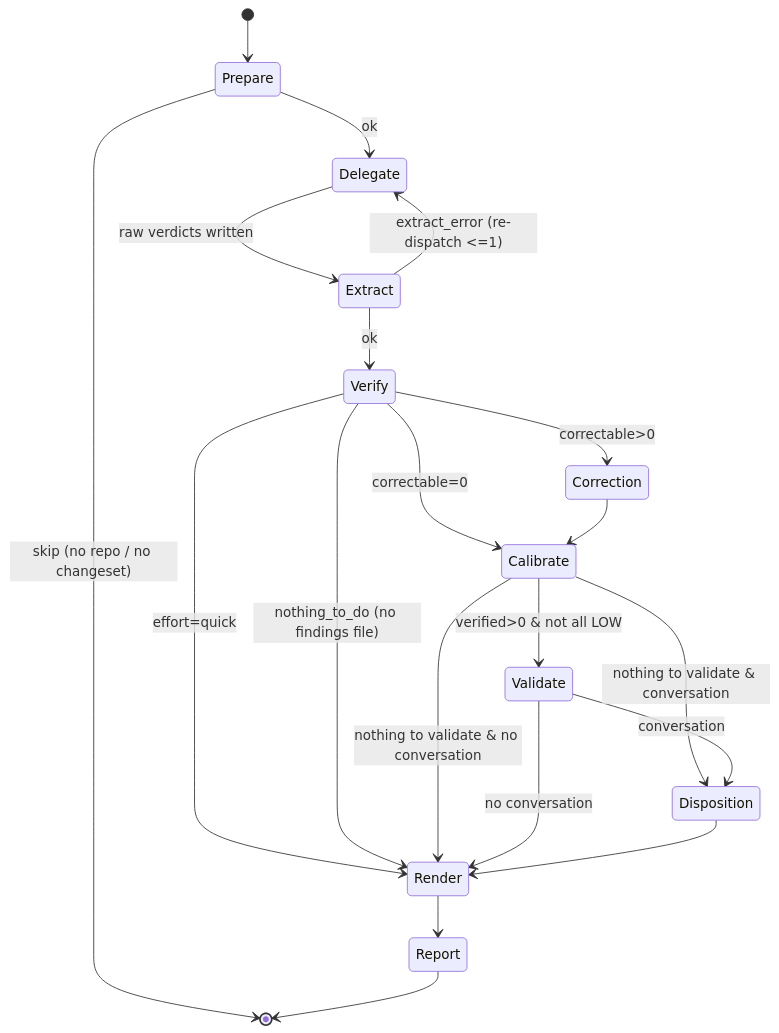
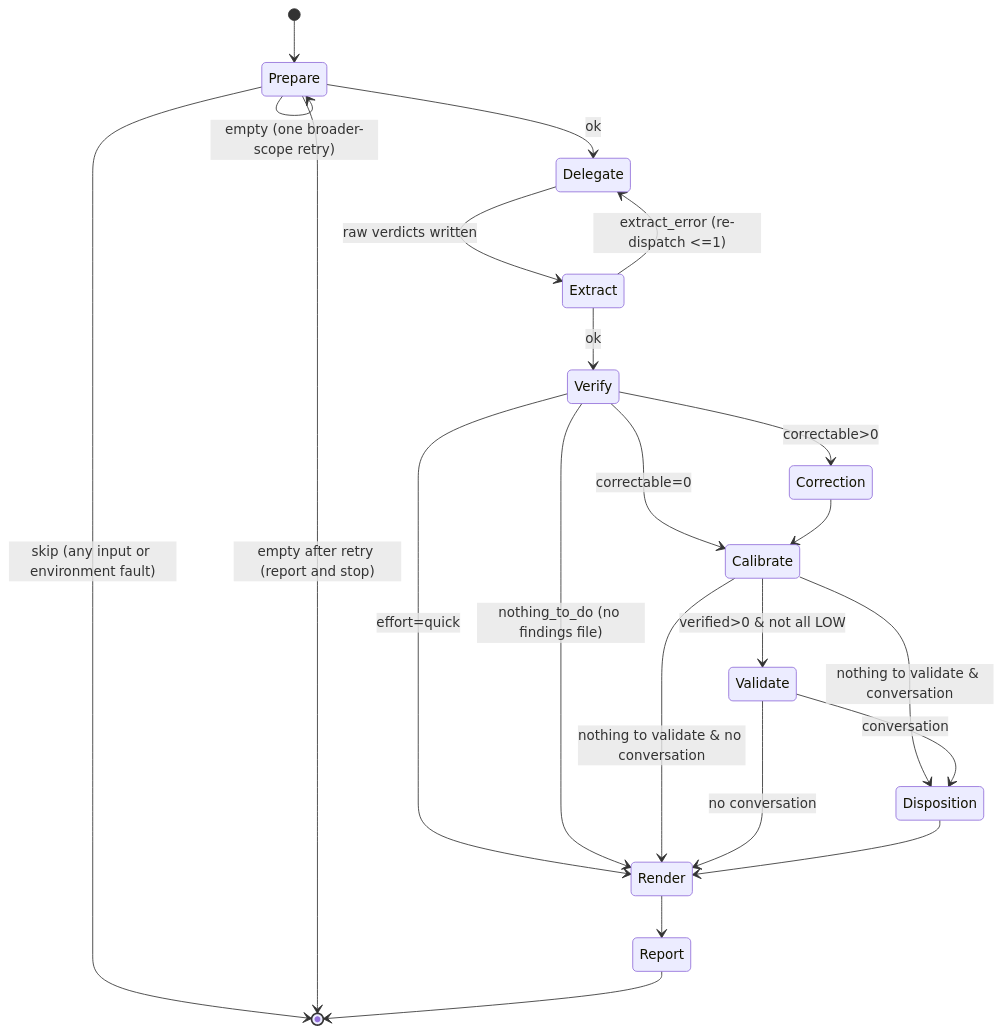
Before and after one commit to lolables/lola-mod-review-council: the diagram in module/skills/review-council/SKILL.md, drawn with Mermaid. The commit also changed other lines of this file and 32 other files, not shown here.

````diff
--- a/module/skills/review-council/SKILL.md
+++ b/module/skills/review-council/SKILL.md
@@ -145,22 +145,24 @@
 ```mermaid
 stateDiagram-v2
     [*] --> Prepare
     Prepare --> Delegate: ok
-    Prepare --> [*]: skip (no repo / no changeset)
+    Prepare --> [*]: skip (any input or environment fault)
+    Prepare --> Prepare: empty (one broader-scope retry)
+    Prepare --> [*]: empty after retry (report and stop)
     Delegate --> Extract: raw verdicts written
     Extract --> Delegate: extract_error (re-dispatch <=1)
     Extract --> Verify: ok
     Verify --> Render: effort=quick
     Verify --> Render: nothing_to_do (no findings file)
     Verify --> Correction: correctable>0
     Verify --> Calibrate: correctable=0
     Correction --> Calibrate
     Calibrate --> Validate: verified>0 & not all LOW
     Calibrate --> Render: nothing to validate & no conversation
     Calibrate --> Disposition: nothing to validate & conversation
     Validate --> Render: no conversation
     Validate --> Disposition: conversation
     Disposition --> Render
     Render --> Report
     Report --> [*]
 ```
````
